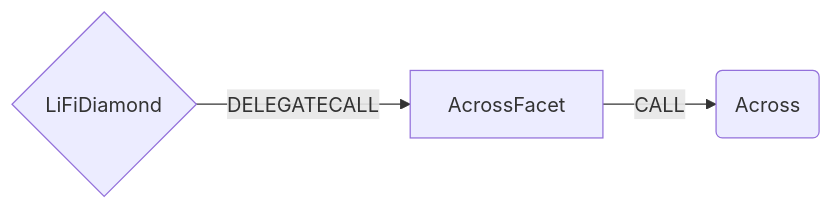
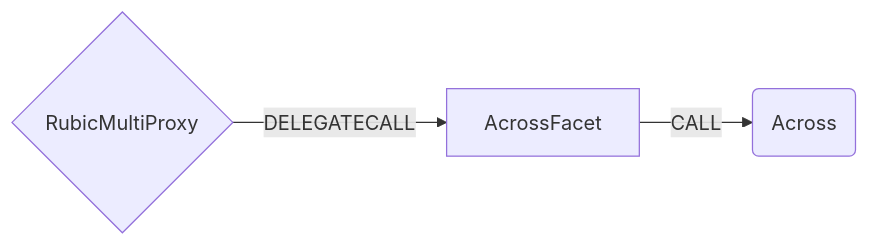
One commit to Cryptorubic/multi-proxy-rubic changed the diagram in docs/AcrossFacet.md. Above: the diagram before and after it, drawn with Mermaid. The commit also changed other lines of this file and 82 other files, not shown here.

````diff
--- a/docs/AcrossFacet.md
+++ b/docs/AcrossFacet.md
@@ -7,5 +7,5 @@
 ```mermaid
 graph LR;
-    D{LiFiDiamond}-- DELEGATECALL -->AcrossFacet;
+    D{RubicMultiProxy}-- DELEGATECALL -->AcrossFacet;
     AcrossFacet -- CALL --> C(Across)
 ```
````
